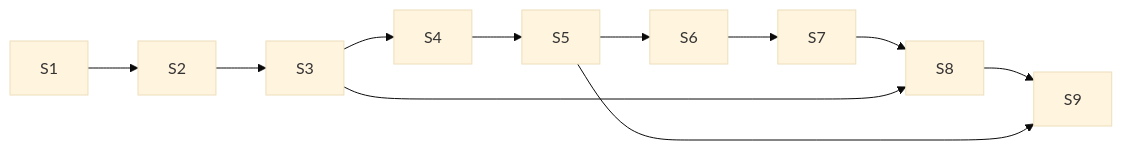
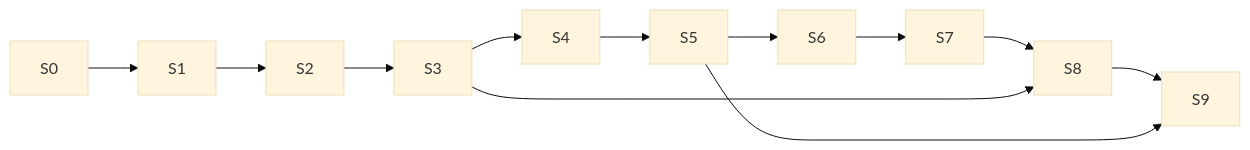
Before and after one commit to Homasters-max/LATTICE: the diagram in design/05-slices.md, drawn with Mermaid (base theme). The commit also changed other lines of this file and 11 other files, not shown here.

Commit message:
design v0.4: D13 — 04-architecture + 05-slices — внесено 39, решено 7, отложено 0

````diff
--- a/design/05-slices.md
+++ b/design/05-slices.md
@@ -20,6 +22,6 @@
 ```mermaid
 flowchart LR
-    S1 --> S2 --> S3 --> S4 --> S5 --> S6 --> S7 --> S8 --> S9
+    S0 --> S1 --> S2 --> S3 --> S4 --> S5 --> S6 --> S7 --> S8 --> S9
     S3 --> S8
     S5 --> S9
 ```
````
